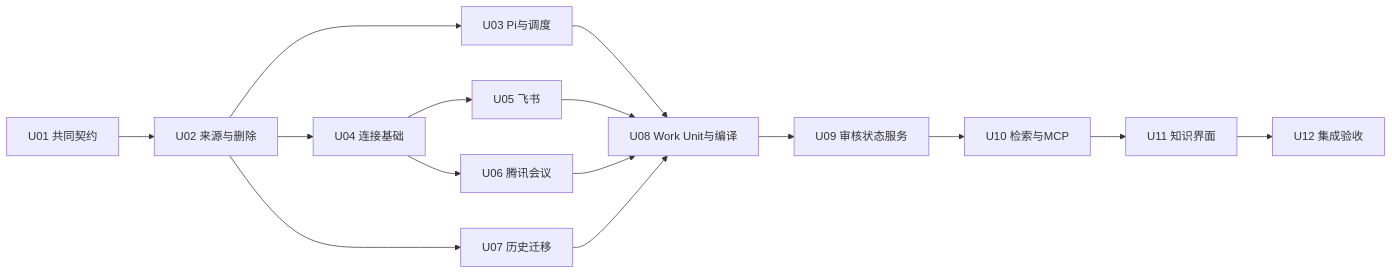
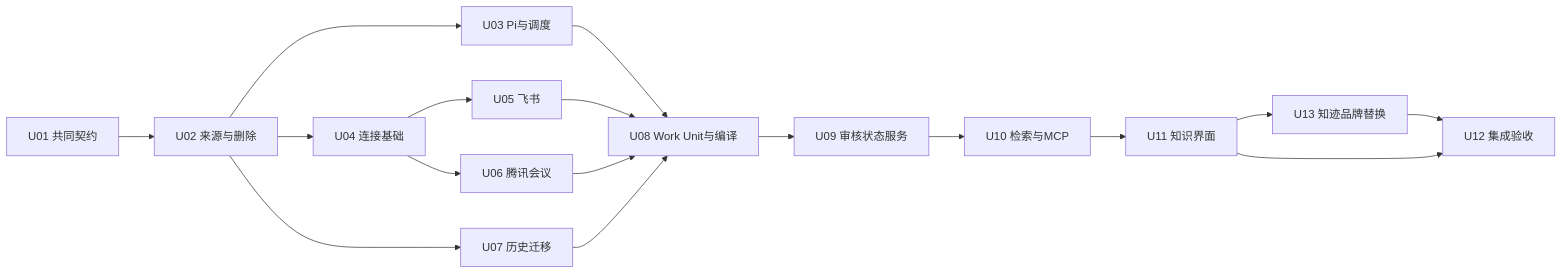
One commit to shawnxie94/screenpipe changed the diagram in docs/plans/personal-brain-local-first-execution-plan.md. Above: the diagram before and after it, drawn with Mermaid. The commit also changed other lines of this file and 7 other files, not shown here.

````diff
--- a/docs/plans/personal-brain-local-first-execution-plan.md
+++ b/docs/plans/personal-brain-local-first-execution-plan.md
@@ -104,17 +111,19 @@
 ```mermaid
 flowchart LR
   U01[U01 共同契约] --> U02[U02 来源与删除]
   U02 --> U03[U03 Pi与调度]
   U02 --> U04[U04 连接基础]
   U02 --> U07[U07 历史迁移]
   U04 --> U05[U05 飞书]
   U04 --> U06[U06 腾讯会议]
   U03 --> U08[U08 Work Unit与编译]
   U05 --> U08
   U06 --> U08
   U07 --> U08
   U08 --> U09[U09 审核状态服务]
   U09 --> U10[U10 检索与MCP]
   U10 --> U11[U11 知识界面]
-  U11 --> U12[U12 集成验收]
+  U11 --> U13[U13 知迹品牌替换]
+  U13 --> U12[U12 集成验收]
+  U11 --> U12
 ```
````
